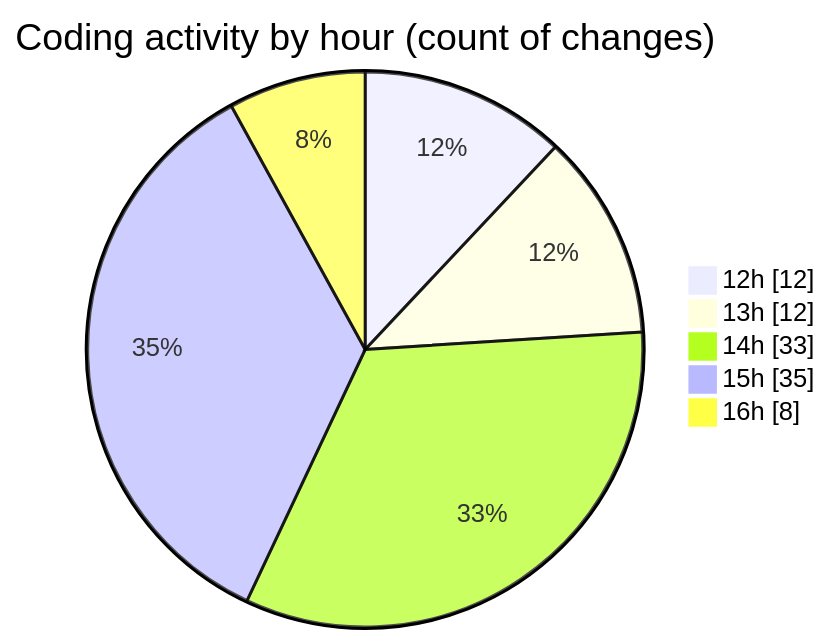
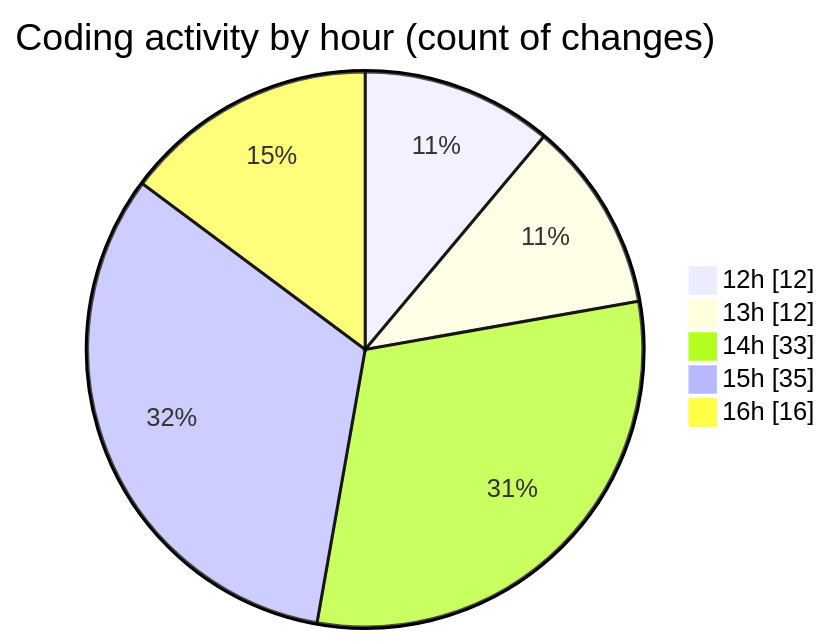
Before and after one commit to momahboobian/code-tracking: the second of 2 diagrams in 2025-09-24/cda/README.md, drawn with Mermaid. The commit also changed other lines of this file and 1 other file, not shown here.

````diff
--- a/2025-09-24/cda/README.md
+++ b/2025-09-24/cda/README.md
@@ -38,9 +38,9 @@
 ```mermaid
 pie showData
 title Coding activity by hour (count of changes)
 "12h" : 12
 "13h" : 12
 "14h" : 33
 "15h" : 35
-"16h" : 8
+"16h" : 16
 ```
````
